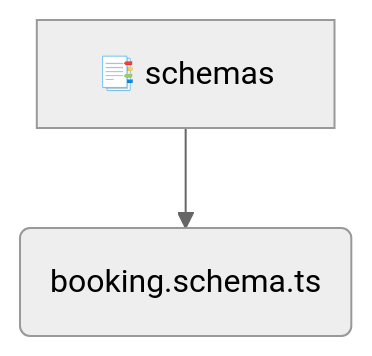
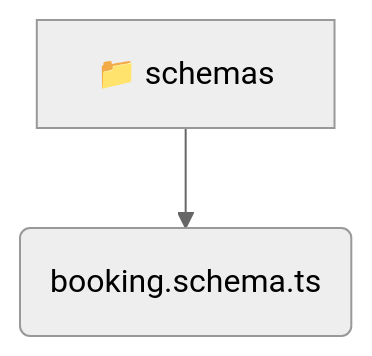
The diagram in backend/src/modules/booking/infrastructure/schemas/README.md (beginwebdev2002/fullstack-mavluda), drawn with Mermaid (neutral theme) before and after one commit. The commit also changed other lines of this file and 155 other files, not shown here.

````diff
--- a/backend/src/modules/booking/infrastructure/schemas/README.md
+++ b/backend/src/modules/booking/infrastructure/schemas/README.md
@@ -9,5 +9,5 @@
 ```mermaid
 graph TD
-  schemas[📑 schemas]
-  schemas --> booking_schema_ts(booking.schema.ts)
+  schemas[📁 schemas]
+  schemas --> schemas_booking_schema_ts(booking.schema.ts)
 ```
````
